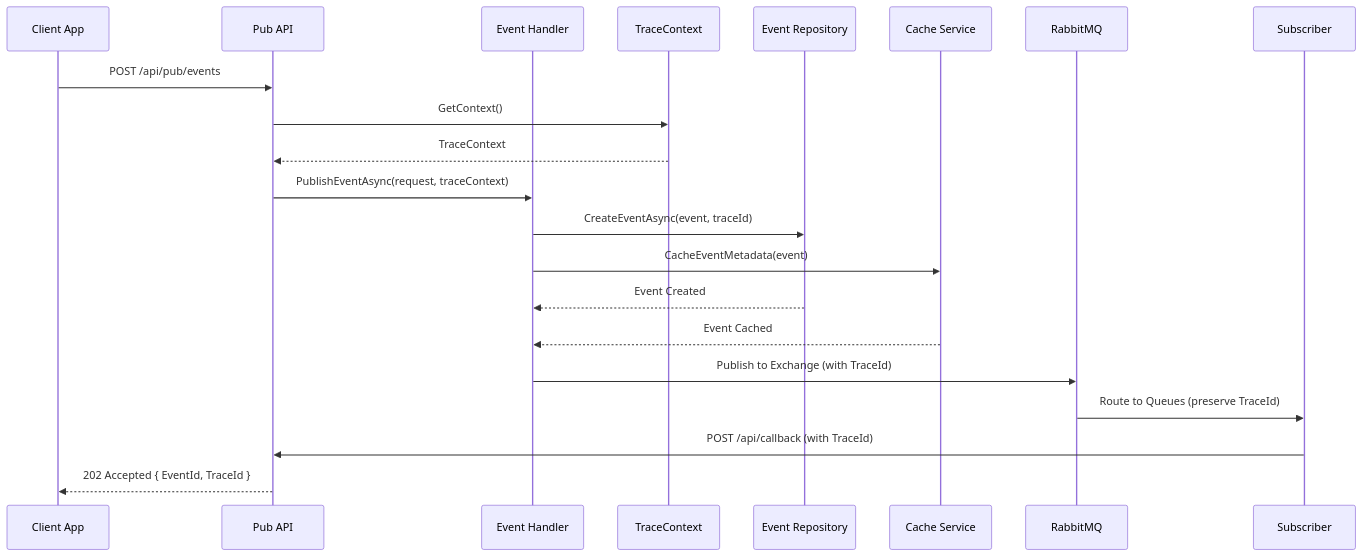
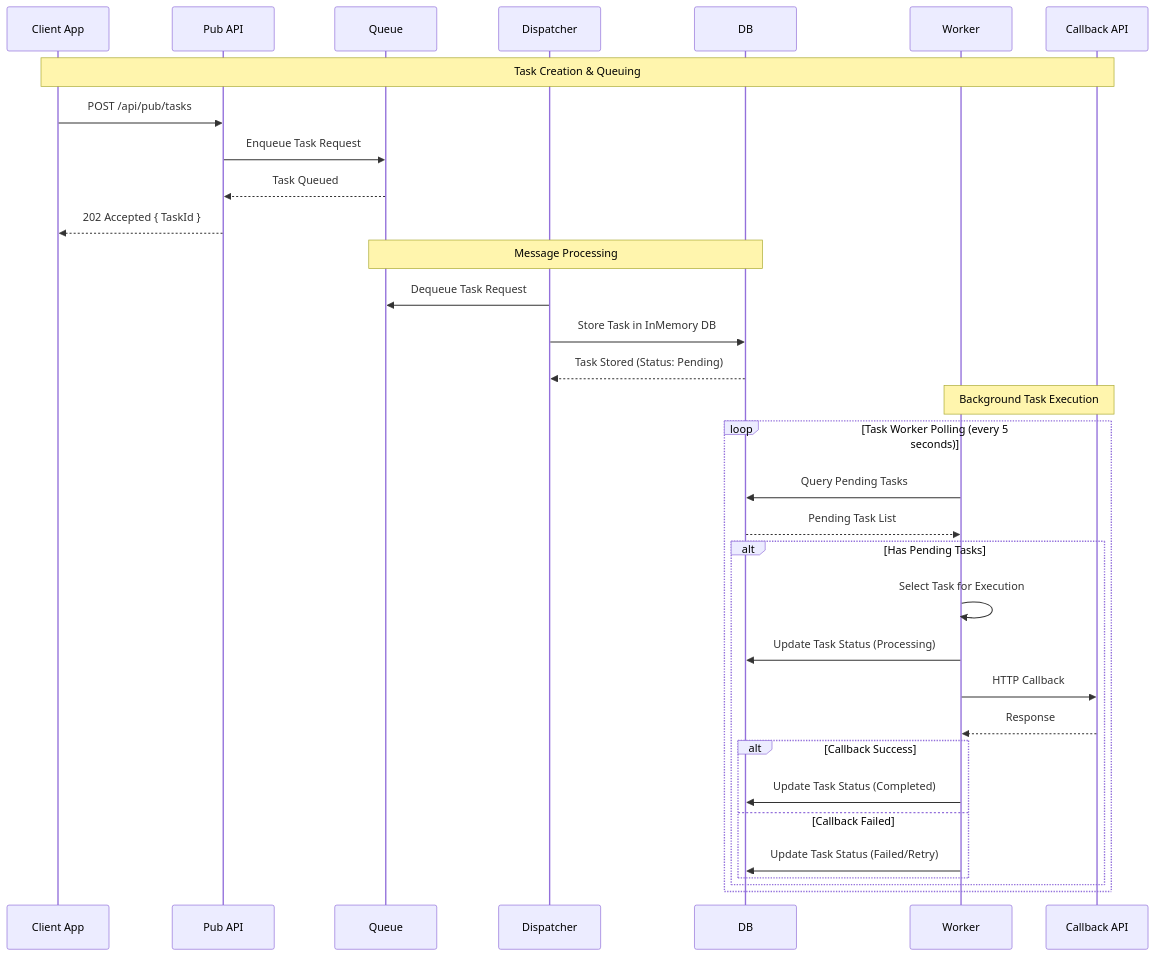
One commit to yaochangyu/eventbus-platform changed the third of 9 diagrams in .specs/design.md. Above: the diagram before and after it, drawn with Mermaid. The commit also changed other lines of this file and 4 other files, not shown here.

````diff
--- a/.specs/design.md
+++ b/.specs/design.md
@@ -233,24 +285,38 @@
 ```mermaid
 sequenceDiagram
     participant Client as Client App
     participant API as Pub API
-    participant Handler as Event Handler
-    participant TraceCtx as TraceContext
-    participant Repo as Event Repository
-    participant Cache as Cache Service
-    participant Broker as RabbitMQ
-    participant Sub as Subscriber
+    participant Queue as Queue
+    participant Dispatcher as Dispatcher
+    participant DB as DB
+    participant Worker as Worker
+    participant External as Callback API
 
-    Client->>API: POST /api/pub/events
-    API->>TraceCtx: GetContext()
-    TraceCtx-->>API: TraceContext
-    API->>Handler: PublishEventAsync(request, traceContext)
-    Handler->>Repo: CreateEventAsync(event, traceId)
-    Handler->>Cache: CacheEventMetadata(event)
-    Repo-->>Handler: Event Created
-    Cache-->>Handler: Event Cached
-    Handler->>Broker: Publish to Exchange (with TraceId)
-    Broker->>Sub: Route to Queues (preserve TraceId)
-    Sub->>API: POST /api/callback (with TraceId)
-    API-->>Client: 202 Accepted { EventId, TraceId }
+    Note over Client,External: Task Creation & Queuing
+    Client->>API: POST /api/pub/tasks
+    API->>Queue: Enqueue Task Request
+    Queue-->>API: Task Queued
+    API-->>Client: 202 Accepted { TaskId }
+
+    Note over Queue,DB: Message Processing
+    Dispatcher->>Queue: Dequeue Task Request
+    Dispatcher->>DB: Store Task in InMemory DB
+    DB-->>Dispatcher: Task Stored (Status: Pending)
+
+    Note over Worker,External: Background Task Execution
+    loop Task Worker Polling (every 5 seconds)
+        Worker->>DB: Query Pending Tasks
+        DB-->>Worker: Pending Task List
+        alt Has Pending Tasks
+            Worker->>Worker: Select Task for Execution
+            Worker->>DB: Update Task Status (Processing)
+            Worker->>External: HTTP Callback
+            External-->>Worker: Response
+            alt Callback Success
+                Worker->>DB: Update Task Status (Completed)
+            else Callback Failed
+                Worker->>DB: Update Task Status (Failed/Retry)
+            end
+        end
+    end
 ```
````
